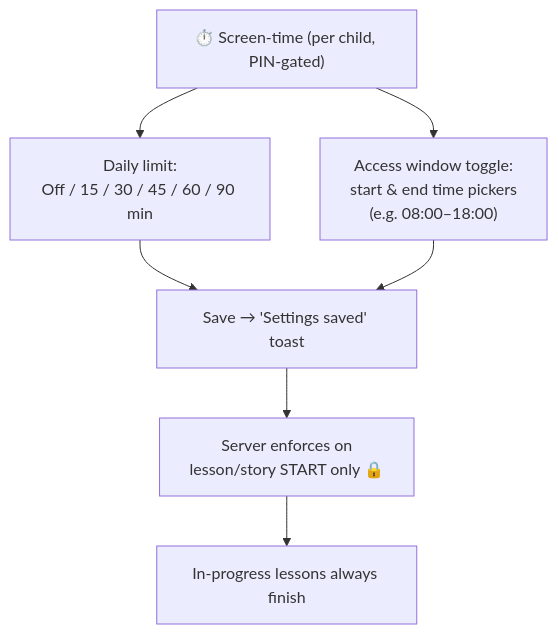
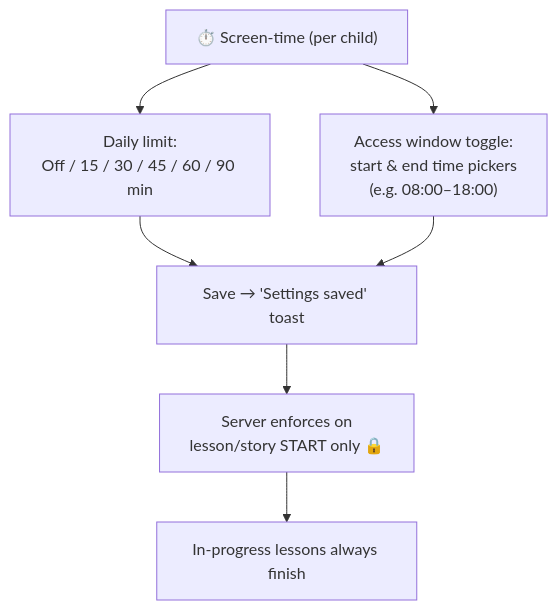
Before and after one commit to salmanbd100/kidlearn: diagram 20 of 28 in document/user-journey-manual.md, drawn with Mermaid. The commit also changed other lines of this file and 15 other files, not shown here.

````diff
--- a/document/user-journey-manual.md
+++ b/document/user-journey-manual.md
@@ -558,9 +554,9 @@
 ```mermaid
 flowchart TD
-    ST["⏱️ Screen-time (per child, PIN-gated)"] --> Limit["Daily limit:<br/>Off / 15 / 30 / 45 / 60 / 90 min"]
+    ST["⏱️ Screen-time (per child)"] --> Limit["Daily limit:<br/>Off / 15 / 30 / 45 / 60 / 90 min"]
     ST --> Window["Access window toggle:<br/>start & end time pickers<br/>(e.g. 08:00–18:00)"]
     Limit --> Save[Save → 'Settings saved' toast]
     Window --> Save
     Save --> Enforce[Server enforces on<br/>lesson/story START only 🔒]
     Enforce --> InProg[In-progress lessons always finish]
 ```
````
